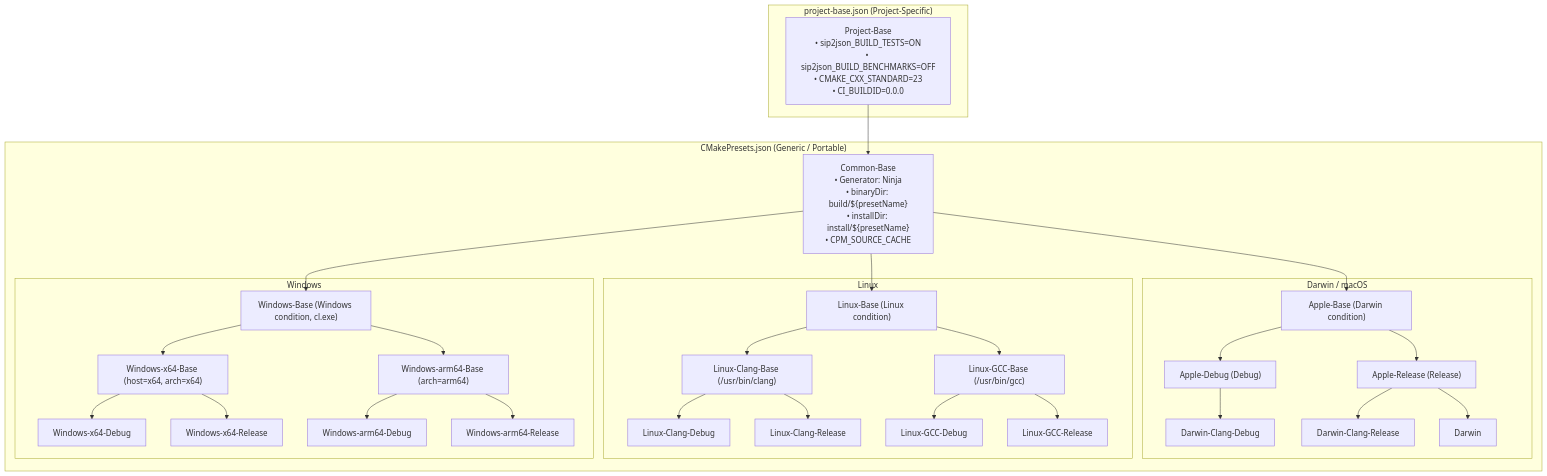
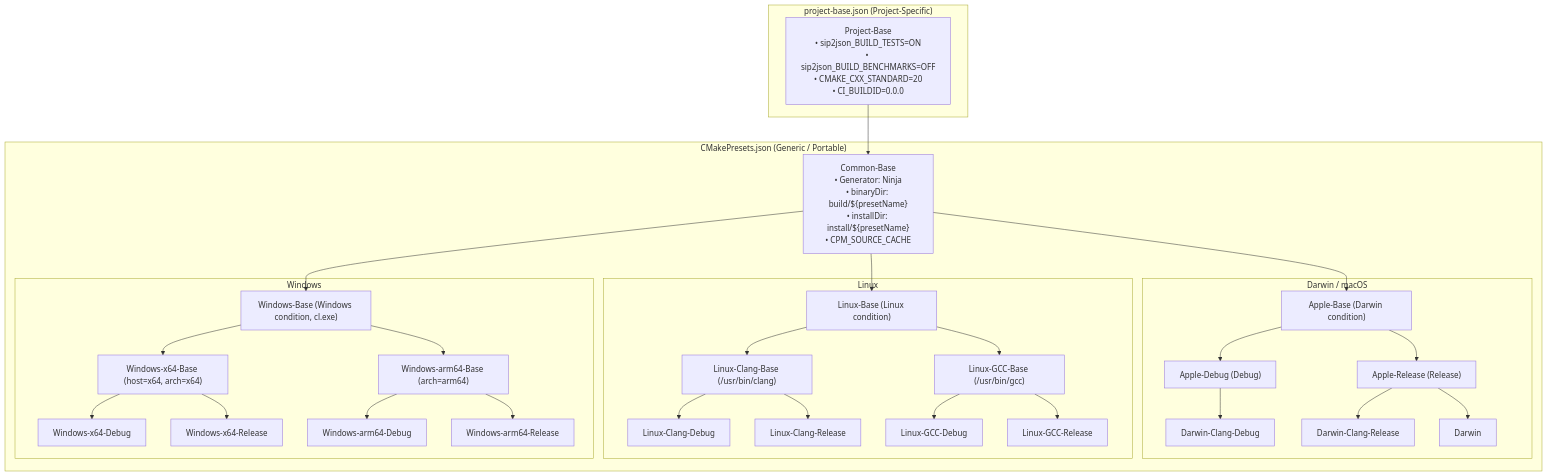
Before and after one commit to SiddiqSoft/sip2json: the second of 3 diagrams in docs/maintainers/pipelines.md, drawn with Mermaid. The commit also changed other lines of this file and 18 other files, not shown here.

````diff
--- a/docs/maintainers/pipelines.md
+++ b/docs/maintainers/pipelines.md
@@ -69,56 +69,56 @@
 ```mermaid
 flowchart TD
     subgraph PB["project-base.json (Project-Specific)"]
-        PBase["Project-Base<br/>• sip2json_BUILD_TESTS=ON<br/>• sip2json_BUILD_BENCHMARKS=OFF<br/>• CMAKE_CXX_STANDARD=23<br/>• CI_BUILDID=0.0.0"]
+        PBase["Project-Base<br/>• sip2json_BUILD_TESTS=ON<br/>• sip2json_BUILD_BENCHMARKS=OFF<br/>• CMAKE_CXX_STANDARD=20<br/>• CI_BUILDID=0.0.0"]
     end
 
     subgraph CP["CMakePresets.json (Generic / Portable)"]
         CBase["Common-Base<br/>• Generator: Ninja<br/>• binaryDir: build/${presetName}<br/>• installDir: install/${presetName}<br/>• CPM_SOURCE_CACHE"]
 
         subgraph Darwin["Darwin / macOS"]
             ABase["Apple-Base (Darwin condition)"]
             ADebug["Apple-Debug (Debug)"]
             ARelease["Apple-Release (Release)"]
             DCDebug["Darwin-Clang-Debug"]
             DCRelease["Darwin-Clang-Release"]
             DDefault["Darwin"]
         end
 
         subgraph Linux["Linux"]
             LBase["Linux-Base (Linux condition)"]
             LClangBase["Linux-Clang-Base (/usr/bin/clang)"]
             LGCCBase["Linux-GCC-Base (/usr/bin/gcc)"]
             LCDebug["Linux-Clang-Debug"]
             LCRelease["Linux-Clang-Release"]
             LGDebug["Linux-GCC-Debug"]
             LGRelease["Linux-GCC-Release"]
         end
 
         subgraph Windows["Windows"]
             WBase["Windows-Base (Windows condition, cl.exe)"]
             Wx64Base["Windows-x64-Base (host=x64, arch=x64)"]
             WarmBase["Windows-arm64-Base (arch=arm64)"]
             Wx64Debug["Windows-x64-Debug"]
             Wx64Release["Windows-x64-Release"]
             WarmDebug["Windows-arm64-Debug"]
             WarmRelease["Windows-arm64-Release"]
         end
     end
 
     PBase --> CBase
     CBase --> ABase
     CBase --> LBase
     CBase --> WBase
 
     ABase --> ADebug & ARelease
     ADebug --> DCDebug
     ARelease --> DCRelease & DDefault
 
     LBase --> LClangBase & LGCCBase
     LClangBase --> LCDebug & LCRelease
     LGCCBase --> LGDebug & LGRelease
 
     WBase --> Wx64Base & WarmBase
     Wx64Base --> Wx64Debug & Wx64Release
     WarmBase --> WarmDebug & WarmRelease
 ```
````
